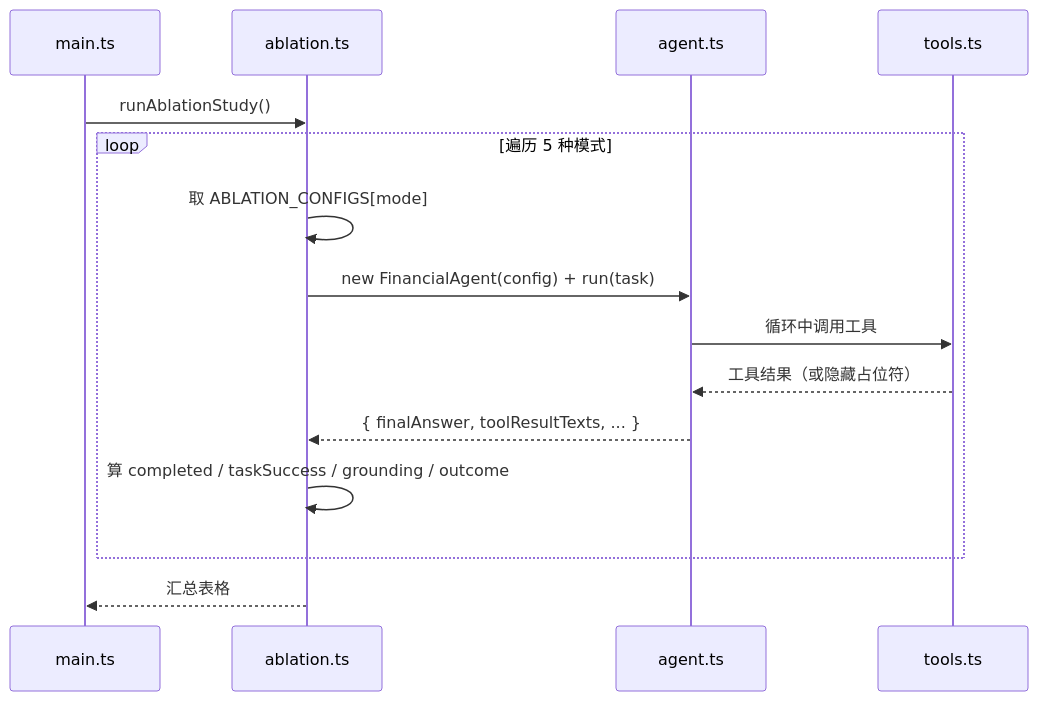
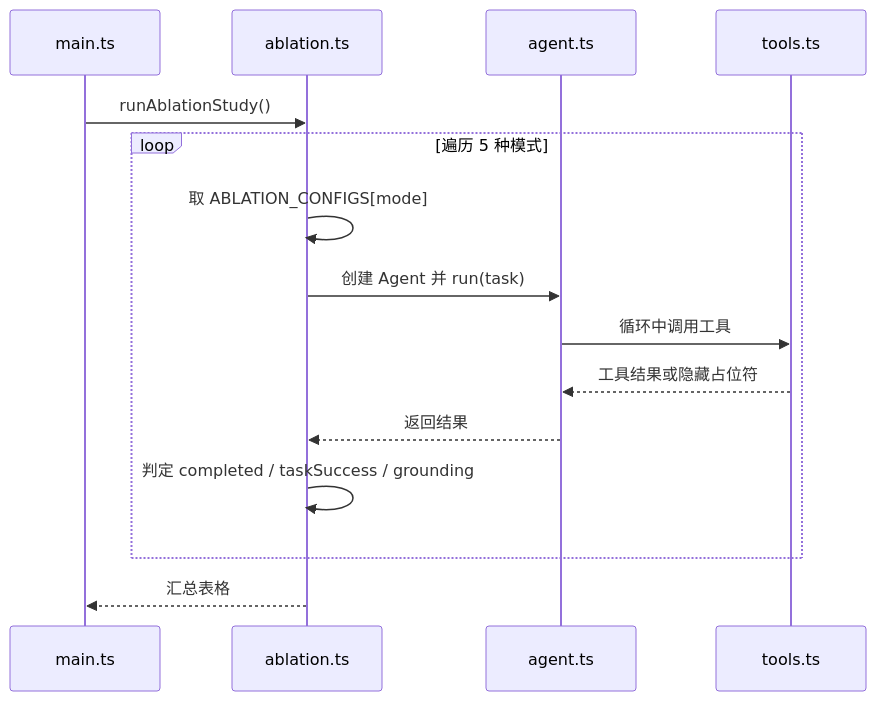
The fourth of 4 diagrams in chapter1/context/README.md (AzureWynn/ai-agent-book-typescript), drawn with Mermaid before and after one commit. The commit also changed other lines of this file and 1 other file, not shown here.

First line of the commit message:
docs: 修复所有 README 的 Mermaid 图语法兼容性

````diff
--- a/chapter1/context/README.md
+++ b/chapter1/context/README.md
@@ -179,17 +182,17 @@
 ```mermaid
 sequenceDiagram
     participant M as main.ts
     participant A as ablation.ts
     participant G as agent.ts
     participant T as tools.ts
     M->>A: runAblationStudy()
     loop 遍历 5 种模式
         A->>A: 取 ABLATION_CONFIGS[mode]
-        A->>G: new FinancialAgent(config) + run(task)
+        A->>G: 创建 Agent 并 run(task)
         G->>T: 循环中调用工具
-        T-->>G: 工具结果（或隐藏占位符）
-        G-->>A: { finalAnswer, toolResultTexts, ... }
-        A->>A: 算 completed / taskSuccess / grounding / outcome
+        T-->>G: 工具结果或隐藏占位符
+        G-->>A: 返回结果
+        A->>A: 判定 completed / taskSuccess / grounding
     end
     A-->>M: 汇总表格
 ```
````
